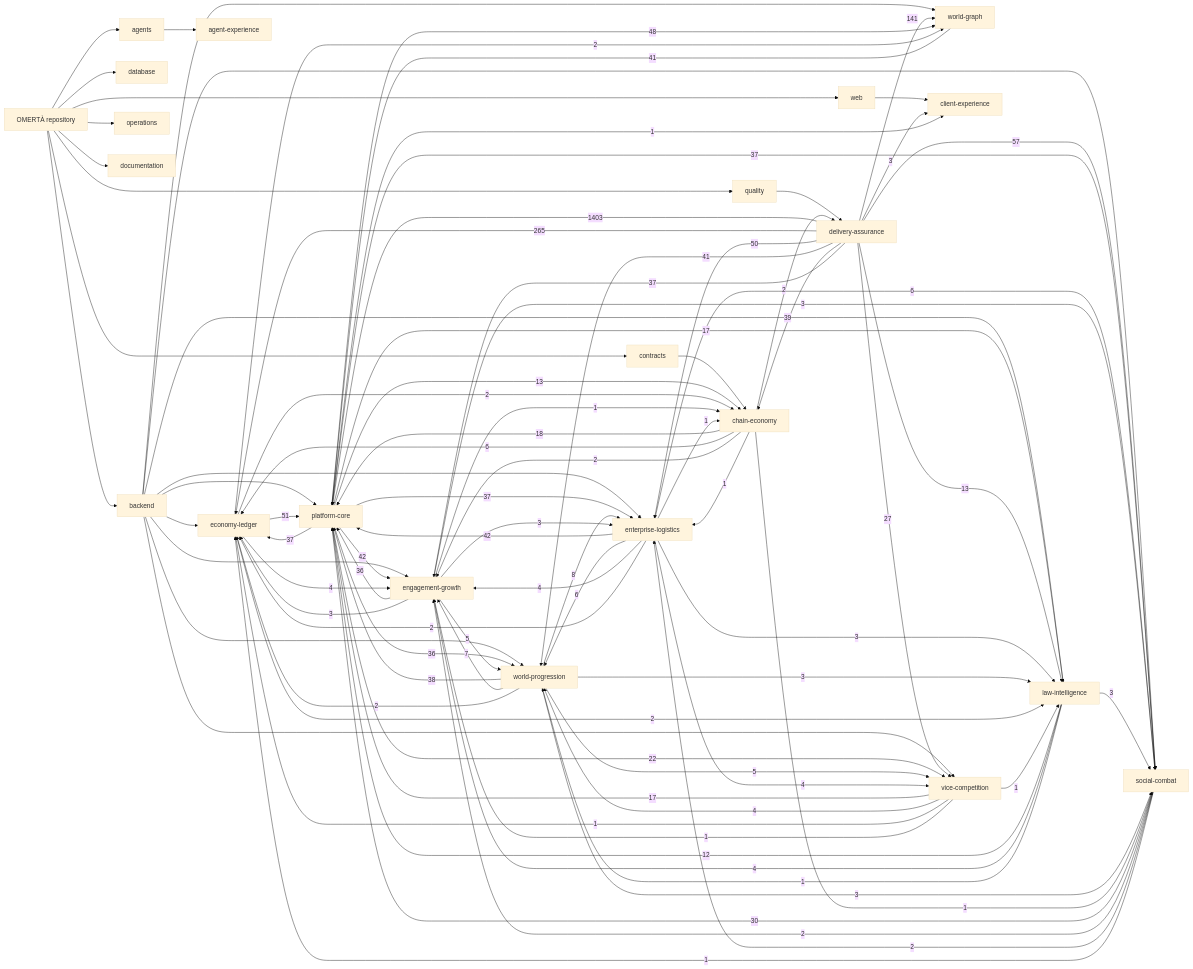
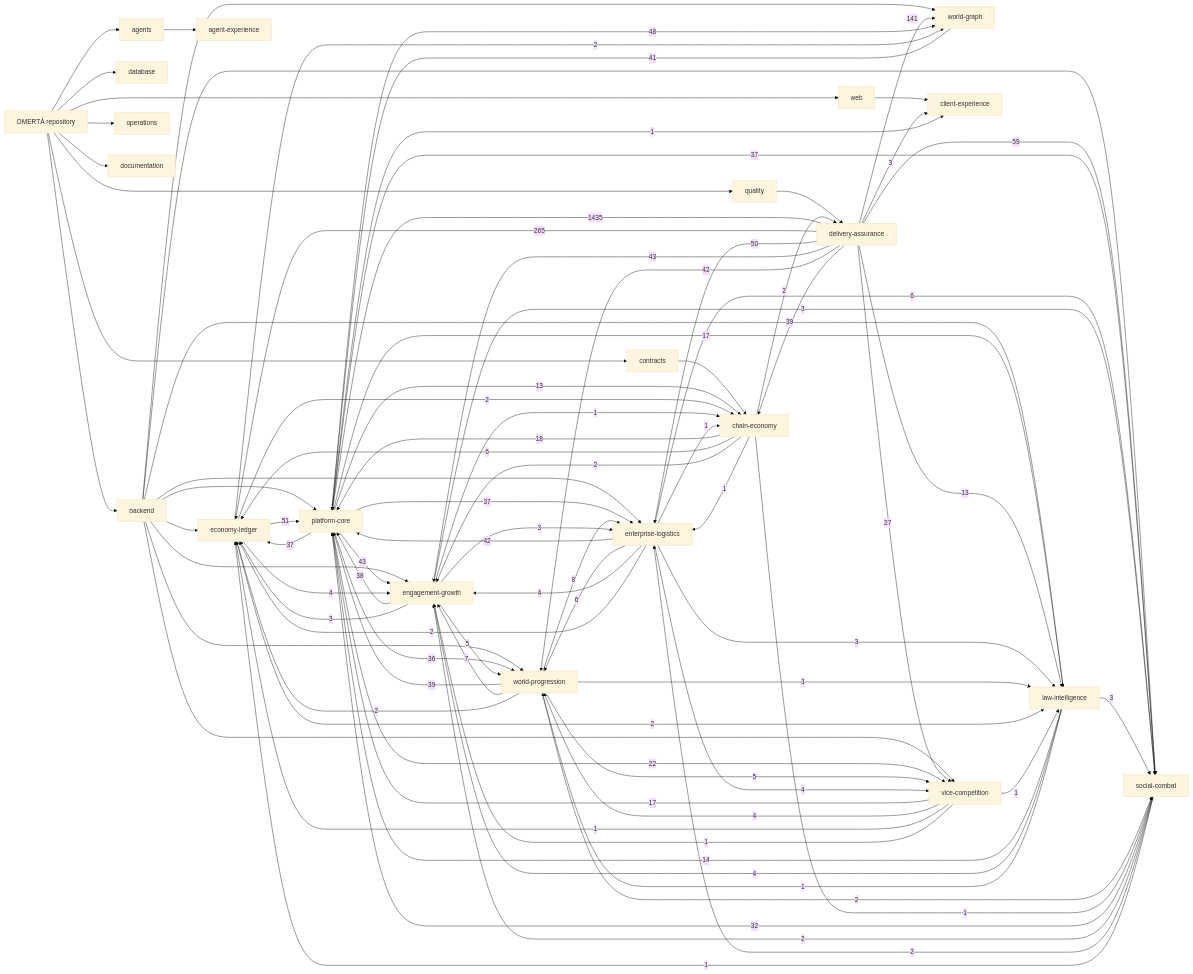
One commit to OmertaDev/Omerta changed the diagram in knowledge/generated/graph.mmd. Above: the diagram before and after it, drawn with Mermaid (base theme). The commit also changed 7 other files, not shown here.

```diff
--- a/knowledge/generated/graph.mmd
+++ b/knowledge/generated/graph.mmd
@@ -1,111 +1,111 @@
 flowchart LR
   repo["OMERTÀ repository"]
   sub_backend["backend"]
   repo --> sub_backend
   sub_database["database"]
   repo --> sub_database
   sub_web["web"]
   repo --> sub_web
   sub_contracts["contracts"]
   repo --> sub_contracts
   sub_agents["agents"]
   repo --> sub_agents
   sub_quality["quality"]
   repo --> sub_quality
   sub_operations["operations"]
   repo --> sub_operations
   sub_documentation["documentation"]
   repo --> sub_documentation
   dom_platform-core["platform-core"]
   dom_economy-ledger["economy-ledger"]
   dom_social-combat["social-combat"]
   dom_world-progression["world-progression"]
   dom_world-graph["world-graph"]
   dom_enterprise-logistics["enterprise-logistics"]
   dom_vice-competition["vice-competition"]
   dom_law-intelligence["law-intelligence"]
   dom_chain-economy["chain-economy"]
   dom_engagement-growth["engagement-growth"]
   dom_client-experience["client-experience"]
   dom_agent-experience["agent-experience"]
   dom_delivery-assurance["delivery-assurance"]
   sub_agents --> dom_agent-experience
   sub_backend --> dom_economy-ledger
   sub_backend --> dom_engagement-growth
   sub_backend --> dom_enterprise-logistics
   sub_backend --> dom_law-intelligence
   sub_backend --> dom_platform-core
   sub_backend --> dom_social-combat
   sub_backend --> dom_vice-competition
   sub_backend --> dom_world-graph
   sub_backend --> dom_world-progression
   sub_contracts --> dom_chain-economy
   sub_quality --> dom_delivery-assurance
   sub_web --> dom_client-experience
-  dom_delivery-assurance -->|1403| dom_platform-core
+  dom_delivery-assurance -->|1435| dom_platform-core
   dom_delivery-assurance -->|265| dom_economy-ledger
   dom_delivery-assurance -->|141| dom_world-graph
-  dom_delivery-assurance -->|57| dom_social-combat
+  dom_delivery-assurance -->|59| dom_social-combat
   dom_economy-ledger -->|51| dom_platform-core
   dom_delivery-assurance -->|50| dom_enterprise-logistics
   dom_platform-core -->|48| dom_world-graph
+  dom_delivery-assurance -->|43| dom_engagement-growth
+  dom_platform-core -->|43| dom_engagement-growth
+  dom_delivery-assurance -->|42| dom_world-progression
   dom_enterprise-logistics -->|42| dom_platform-core
-  dom_platform-core -->|42| dom_engagement-growth
-  dom_delivery-assurance -->|41| dom_world-progression
   dom_world-graph -->|41| dom_platform-core
   dom_delivery-assurance -->|39| dom_chain-economy
-  dom_world-progression -->|38| dom_platform-core
-  dom_delivery-assurance -->|37| dom_engagement-growth
+  dom_world-progression -->|39| dom_platform-core
+  dom_engagement-growth -->|38| dom_platform-core
   dom_platform-core -->|37| dom_economy-ledger
   dom_platform-core -->|37| dom_enterprise-logistics
   dom_platform-core -->|37| dom_social-combat
-  dom_engagement-growth -->|36| dom_platform-core
   dom_platform-core -->|36| dom_world-progression
-  dom_social-combat -->|30| dom_platform-core
+  dom_social-combat -->|32| dom_platform-core
   dom_delivery-assurance -->|27| dom_vice-competition
   dom_platform-core -->|22| dom_vice-competition
   dom_chain-economy -->|18| dom_platform-core
   dom_platform-core -->|17| dom_law-intelligence
   dom_vice-competition -->|17| dom_platform-core
+  dom_law-intelligence -->|14| dom_platform-core
   dom_delivery-assurance -->|13| dom_law-intelligence
   dom_platform-core -->|13| dom_chain-economy
-  dom_law-intelligence -->|12| dom_platform-core
   dom_world-progression -->|8| dom_enterprise-logistics
   dom_world-progression -->|7| dom_engagement-growth
   dom_chain-economy -->|6| dom_economy-ledger
   dom_enterprise-logistics -->|6| dom_social-combat
   dom_enterprise-logistics -->|6| dom_world-progression
   dom_engagement-growth -->|5| dom_world-progression
   dom_world-progression -->|5| dom_vice-competition
   dom_economy-ledger -->|4| dom_engagement-growth
   dom_enterprise-logistics -->|4| dom_engagement-growth
   dom_enterprise-logistics -->|4| dom_vice-competition
   dom_law-intelligence -->|4| dom_engagement-growth
   dom_vice-competition -->|4| dom_world-progression
   dom_delivery-assurance -->|3| dom_client-experience
   dom_engagement-growth -->|3| dom_economy-ledger
   dom_engagement-growth -->|3| dom_enterprise-logistics
   dom_engagement-growth -->|3| dom_social-combat
   dom_enterprise-logistics -->|3| dom_law-intelligence
   dom_law-intelligence -->|3| dom_social-combat
   dom_world-progression -->|3| dom_law-intelligence
-  dom_world-progression -->|3| dom_social-combat
   dom_chain-economy -->|2| dom_delivery-assurance
   dom_chain-economy -->|2| dom_engagement-growth
   dom_economy-ledger -->|2| dom_chain-economy
   dom_economy-ledger -->|2| dom_law-intelligence
   dom_economy-ledger -->|2| dom_world-graph
   dom_enterprise-logistics -->|2| dom_economy-ledger
   dom_social-combat -->|2| dom_engagement-growth
   dom_social-combat -->|2| dom_enterprise-logistics
   dom_world-progression -->|2| dom_economy-ledger
+  dom_world-progression -->|2| dom_social-combat
   dom_chain-economy -->|1| dom_enterprise-logistics
   dom_chain-economy -->|1| dom_social-combat
   dom_engagement-growth -->|1| dom_chain-economy
   dom_enterprise-logistics -->|1| dom_chain-economy
   dom_law-intelligence -->|1| dom_world-progression
   dom_platform-core -->|1| dom_client-experience
   dom_social-combat -->|1| dom_economy-ledger
   dom_vice-competition -->|1| dom_economy-ledger
   dom_vice-competition -->|1| dom_engagement-growth
   dom_vice-competition -->|1| dom_law-intelligence
```
